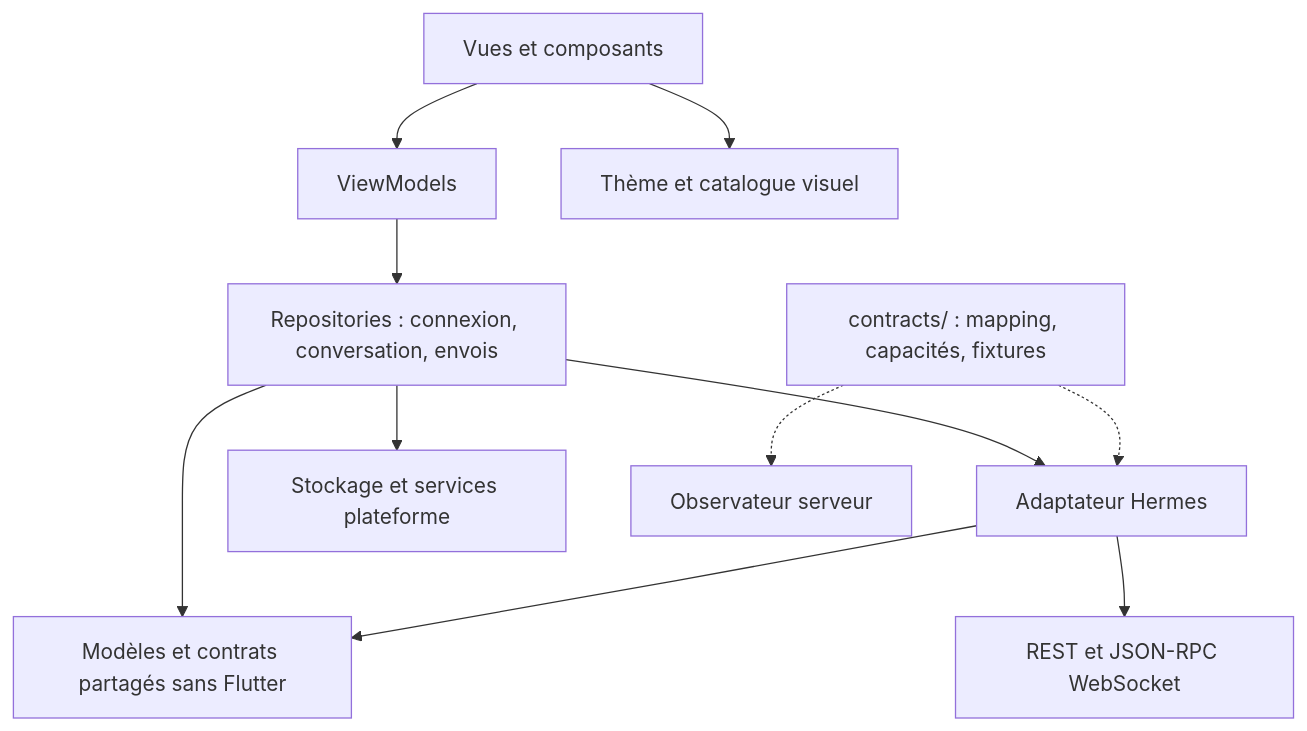
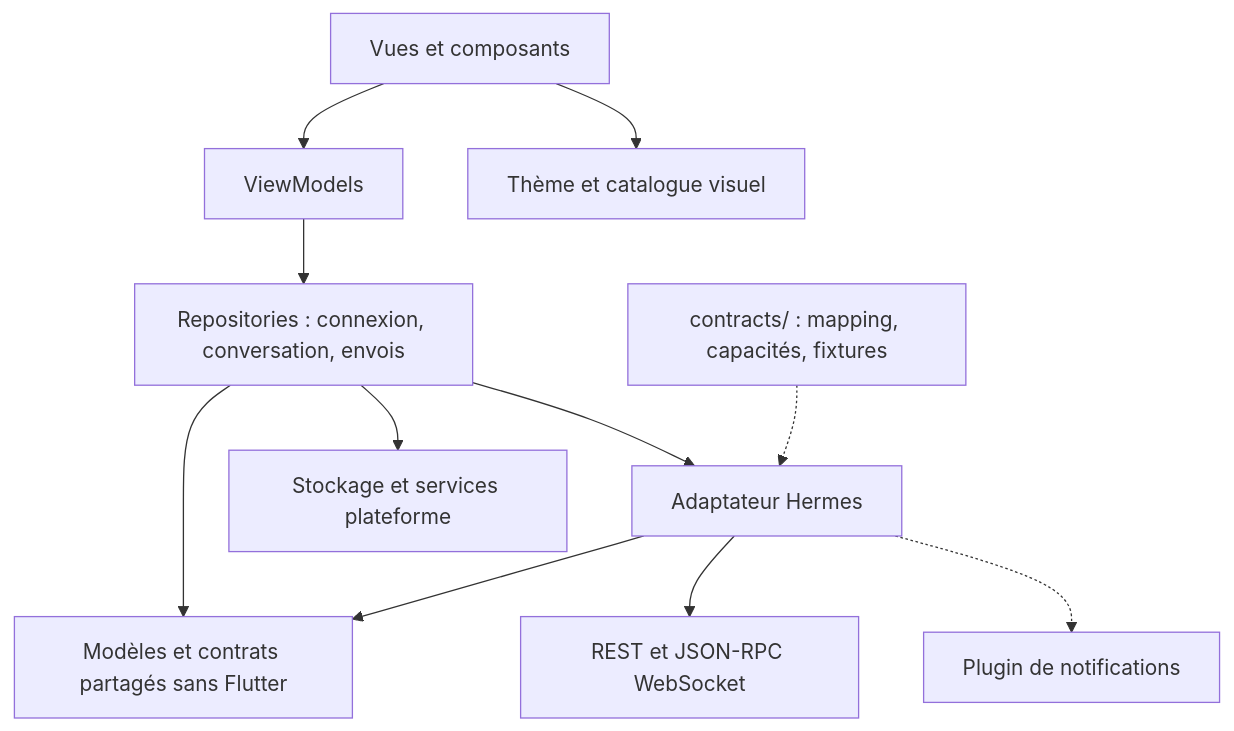
Before and after one commit to alanmlcrt/hermes-mobile: the first of 2 diagrams in _bmad-output/planning-artifacts/architecture/architecture-Hermes Mobile-2026-10-20/ARCHITECTURE-SPINE.md, drawn with Mermaid. The commit also changed other lines of this file and 4 other files, not shown here.

First line of the commit message:
docs(epic-5): remplacer l'observateur par le plugin Hermes

````diff
--- a/_bmad-output/planning-artifacts/architecture/architecture-Hermes Mobile-2026-10-20/ARCHITECTURE-SPINE.md
+++ b/_bmad-output/planning-artifacts/architecture/architecture-Hermes Mobile-2026-10-20/ARCHITECTURE-SPINE.md
@@ -29,13 +29,13 @@
 ```mermaid
 flowchart TD
   UI["Vues et composants"] --> VM["ViewModels"]
   UI --> DS["Thème et catalogue visuel"]
   VM --> R["Repositories : connexion, conversation, envois"]
   R --> M["Modèles et contrats partagés sans Flutter"]
   R --> H["Adaptateur Hermes"]
   R --> L["Stockage et services plateforme"]
   H --> M
   H --> W["REST et JSON-RPC WebSocket"]
   C["contracts/ : mapping, capacités, fixtures"] -.-> H
-  C -.-> N["Observateur serveur"]
+  H -.-> N["Plugin de notifications"]
 ```
````
